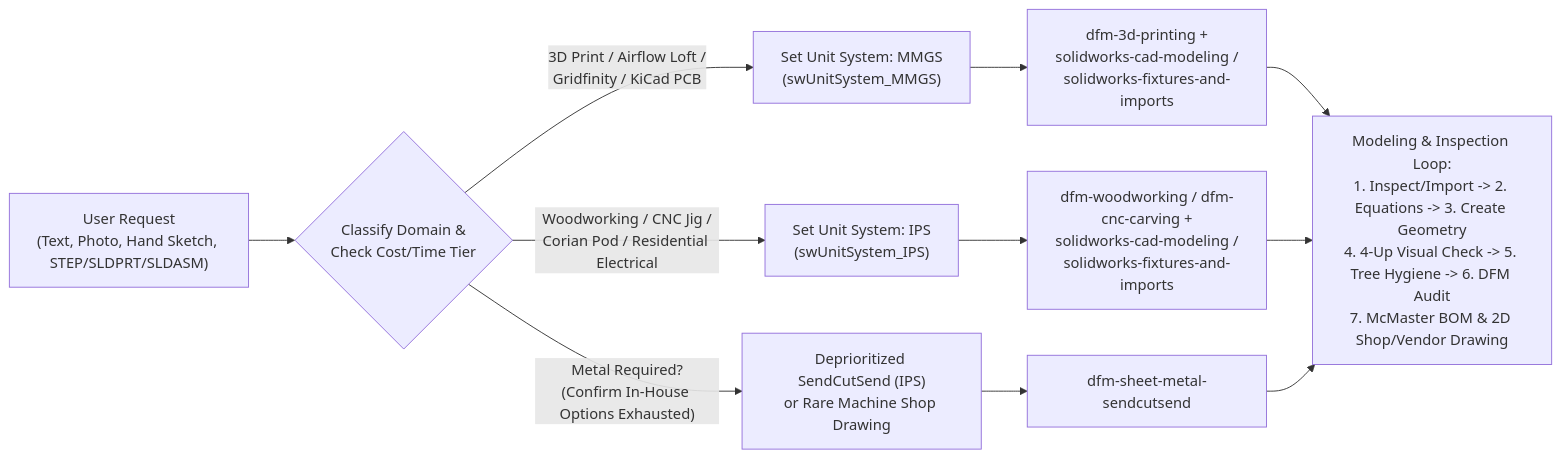
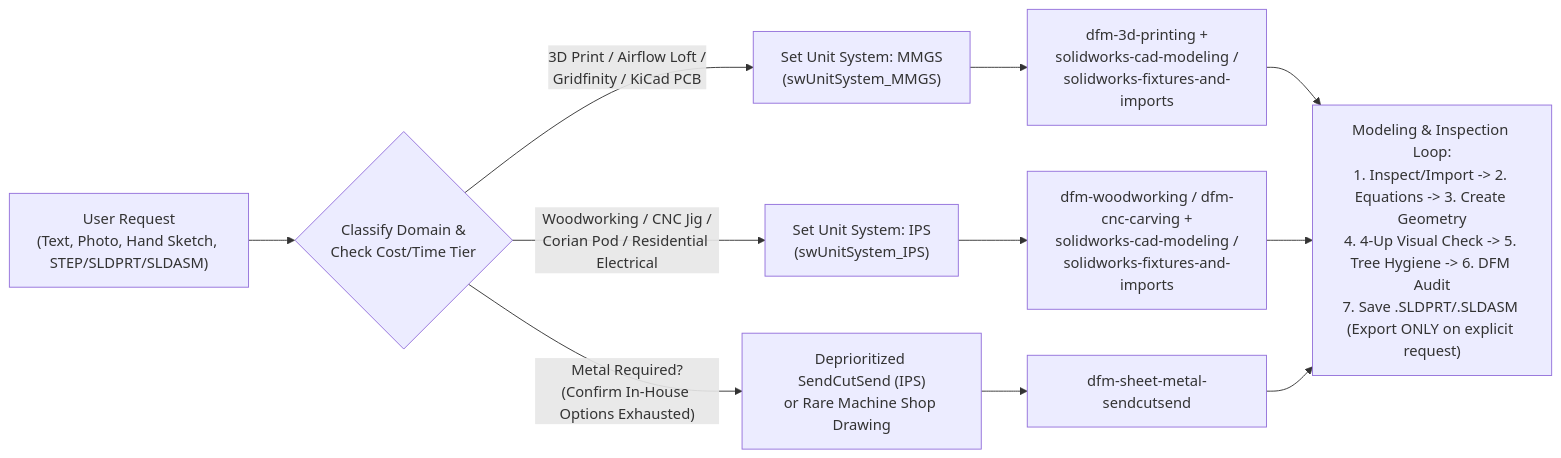
One commit to dgrnbrg/solidworks-macros changed the diagram in .agents/plugins/solidworks/data/architecture_and_tool_map.md. Above: the diagram before and after it, drawn with Mermaid. The commit also changed other lines of this file and 25 other files, not shown here.

````diff
--- a/.agents/plugins/solidworks/data/architecture_and_tool_map.md
+++ b/.agents/plugins/solidworks/data/architecture_and_tool_map.md
@@ -9,14 +9,14 @@
 ```mermaid
 flowchart LR
     Prompt["User Request<br/>(Text, Photo, Hand Sketch, STEP/SLDPRT/SLDASM)"] --> Classify{"Classify Domain &<br/>Check Cost/Time Tier"}
 
     Classify -->|"3D Print / Airflow Loft /<br/>Gridfinity / KiCad PCB"| MMGS["Set Unit System: MMGS<br/>(swUnitSystem_MMGS)"]
     Classify -->|"Woodworking / CNC Jig /<br/>Corian Pod / Residential Electrical"| IPS["Set Unit System: IPS<br/>(swUnitSystem_IPS)"]
     Classify -->|"Metal Required?<br/>(Confirm In-House Options Exhausted)"| SCS["Deprioritized SendCutSend (IPS)<br/>or Rare Machine Shop Drawing"]
 
     MMGS --> Skills3D["dfm-3d-printing +<br/>solidworks-cad-modeling /<br/>solidworks-fixtures-and-imports"]
     IPS --> SkillsWood["dfm-woodworking / dfm-cnc-carving +<br/>solidworks-cad-modeling /<br/>solidworks-fixtures-and-imports"]
     SCS --> SkillsSCS["dfm-sheet-metal-sendcutsend"]
 
-    Skills3D & SkillsWood & SkillsSCS --> Loop["Modeling & Inspection Loop:<br/>1. Inspect/Import -> 2. Equations -> 3. Create Geometry<br/>4. 4-Up Visual Check -> 5. Tree Hygiene -> 6. DFM Audit<br/>7. McMaster BOM & 2D Shop/Vendor Drawing"]
+    Skills3D & SkillsWood & SkillsSCS --> Loop["Modeling & Inspection Loop:<br/>1. Inspect/Import -> 2. Equations -> 3. Create Geometry<br/>4. 4-Up Visual Check -> 5. Tree Hygiene -> 6. DFM Audit<br/>7. Save .SLDPRT/.SLDASM (Export ONLY on explicit request)"]
 ```
````
